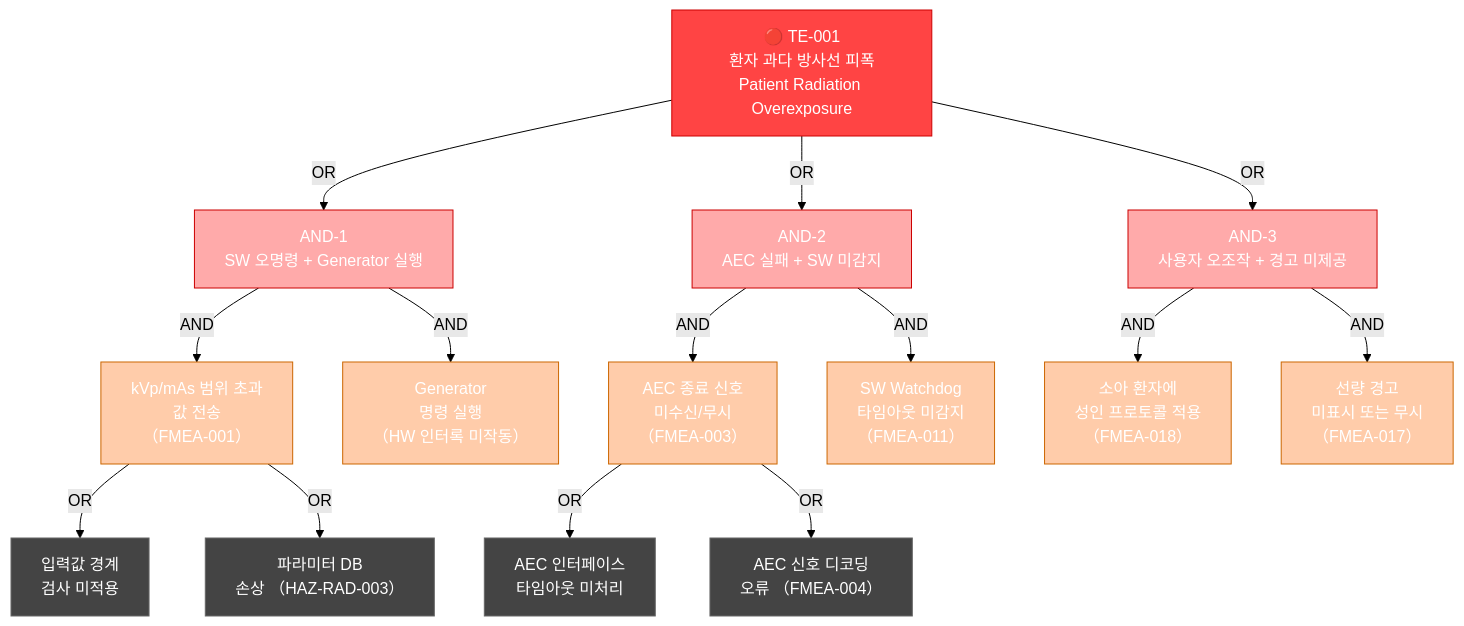
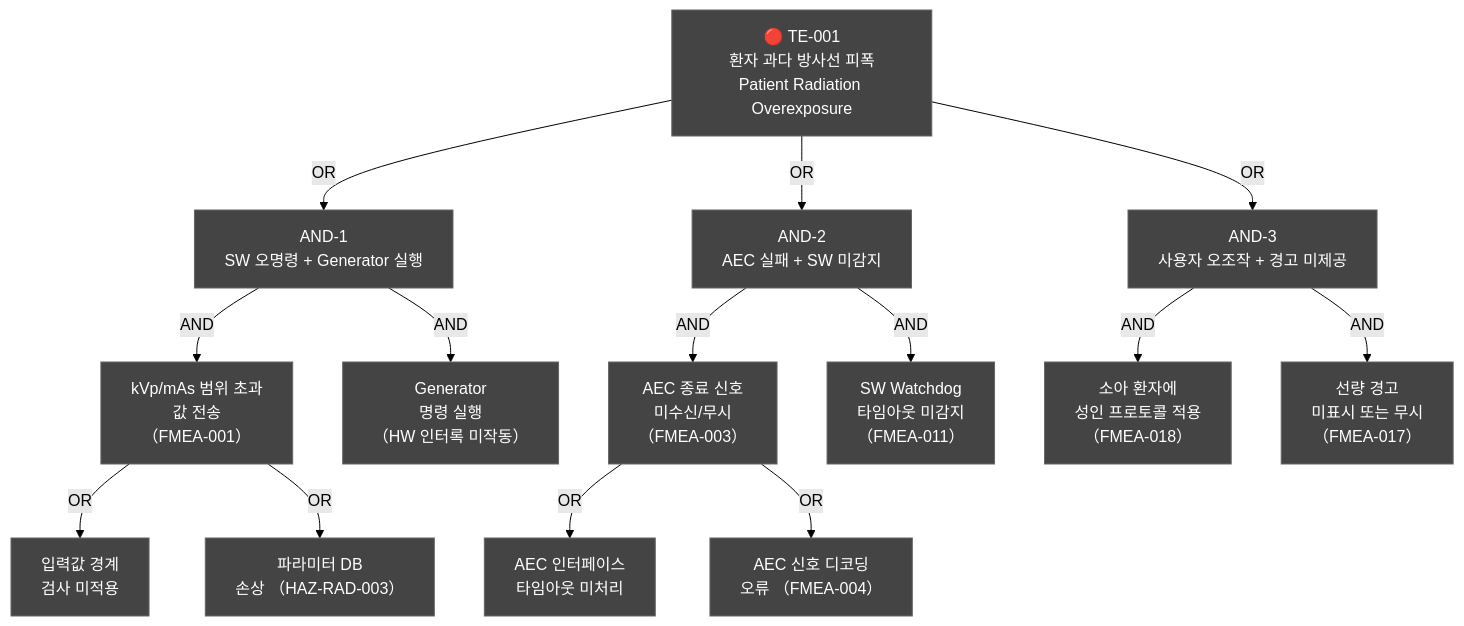
Before and after one commit to holee9/console-gui: the ninth of 11 diagrams in docs/risk/DOC-008_Risk_Management_Plan_v1.0.md, drawn with Mermaid (forest theme). The commit also changed other lines of this file and 35 other files, not shown here.

First line of the commit message:
fix: 전체 Mermaid 차트 색상 진한 회색 통일

````diff
--- a/docs/risk/DOC-008_Risk_Management_Plan_v1.0.md
+++ b/docs/risk/DOC-008_Risk_Management_Plan_v1.0.md
@@ -752,39 +752,39 @@
 ```mermaid
 graph TD
     TE1["🔴 TE-001\n환자 과다 방사선 피폭\nPatient Radiation Overexposure"]
 
     TE1 -->|OR| A1
     TE1 -->|OR| A2
     TE1 -->|OR| A3
 
     A1["AND-1\nSW 오명령 + Generator 실행"]
     A2["AND-2\nAEC 실패 + SW 미감지"]
     A3["AND-3\n사용자 오조작 + 경고 미제공"]
 
     A1 -->|AND| B1["kVp/mAs 범위 초과\n값 전송\n（FMEA-001）"]
     A1 -->|AND| B2["Generator\n명령 실행\n（HW 인터록 미작동）"]
 
     A2 -->|AND| C1["AEC 종료 신호\n미수신/무시\n（FMEA-003）"]
     A2 -->|AND| C2["SW Watchdog\n타임아웃 미감지\n（FMEA-011）"]
 
     A3 -->|AND| D1["소아 환자에\n성인 프로토콜 적용\n（FMEA-018）"]
     A3 -->|AND| D2["선량 경고\n미표시 또는 무시\n（FMEA-017）"]
 
     B1 -->|OR| E1["입력값 경계\n검사 미적용"]
     B1 -->|OR| E2["파라미터 DB\n손상 （HAZ-RAD-003）"]
 
     C1 -->|OR| F1["AEC 인터페이스\n타임아웃 미처리"]
     C1 -->|OR| F2["AEC 신호 디코딩\n오류 （FMEA-004）"]
 
     classDef default fill:#444,stroke:#666,color:#fff
-    style TE1 fill:#ff4444,color:#ffffff,stroke:#cc0000
-    style A1 fill:#ffaaaa,stroke:#cc0000
-    style A2 fill:#ffaaaa,stroke:#cc0000
-    style A3 fill:#ffaaaa,stroke:#cc0000
-    style B1 fill:#ffccaa,stroke:#cc6600
-    style B2 fill:#ffccaa,stroke:#cc6600
-    style C1 fill:#ffccaa,stroke:#cc6600
-    style C2 fill:#ffccaa,stroke:#cc6600
-    style D1 fill:#ffccaa,stroke:#cc6600
-    style D2 fill:#ffccaa,stroke:#cc6600
+    style TE1 fill:#444,color:#fff,stroke:#666
+    style A1 fill:#444,stroke:#666
+    style A2 fill:#444,stroke:#666
+    style A3 fill:#444,stroke:#666
+    style B1 fill:#444,stroke:#666
+    style B2 fill:#444,stroke:#666
+    style C1 fill:#444,stroke:#666
+    style C2 fill:#444,stroke:#666
+    style D1 fill:#444,stroke:#666
+    style D2 fill:#444,stroke:#666
 ```
````
